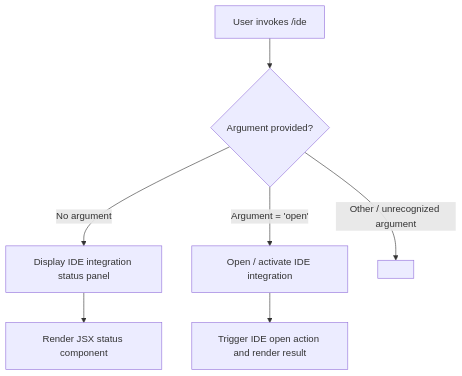
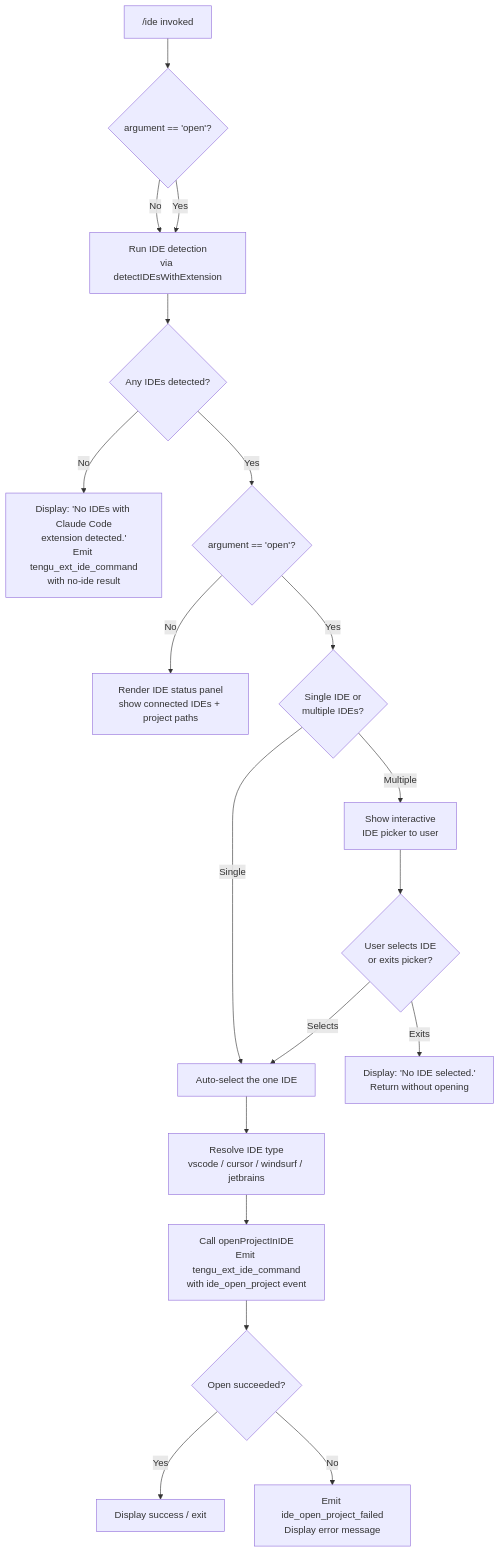
Before and after one commit to MyLittleLuckyDog/cc-gnothi: the diagram in versions/v2.1.146/ide.md, drawn with Mermaid. The commit also changed other lines of this file and 496 other files, not shown here.

````diff
--- a/versions/v2.1.146/ide.md
+++ b/versions/v2.1.146/ide.md
@@ -47,9 +55,25 @@
 ```mermaid
 flowchart TD
-    A[User invokes /ide] --> B{Argument provided?}
-    B -- "No argument" --> C[Display IDE integration status panel]
-    B -- "Argument = 'open'" --> D[Open / activate IDE integration]
-    B -- "Other / unrecognized argument" --> E[<!-- TODO: not found in depth-2 traversal; needs --depth 4 -->]
-    C --> F[Render JSX status component]
-    D --> G[Trigger IDE open action and render result]
+    A["/ide invoked"] --> B{argument == 'open'?}
+    B -- No --> C[Run IDE detection\nvia detectIDEsWithExtension]
+    B -- Yes --> C
+
+    C --> D{Any IDEs detected?}
+    D -- No --> E["Display: 'No IDEs with Claude Code\nextension detected.'\nEmit tengu_ext_ide_command\nwith no-ide result"]
+    D -- Yes --> F{argument == 'open'?}
+
+    F -- No --> G[Render IDE status panel\nshow connected IDEs + project paths]
+    F -- Yes --> H{Single IDE or\nmultiple IDEs?}
+
+    H -- Single --> I[Auto-select the one IDE]
+    H -- Multiple --> J[Show interactive\nIDE picker to user]
+    J --> K{User selects IDE\nor exits picker?}
+    K -- Exits --> L["Display: 'No IDE selected.'\nReturn without opening"]
+    K -- Selects --> I
+
+    I --> M[Resolve IDE type\nvscode / cursor / windsurf / jetbrains]
+    M --> N[Call openProjectInIDE\nEmit tengu_ext_ide_command\nwith ide_open_project event]
+    N --> O{Open succeeded?}
+    O -- Yes --> P[Display success / exit]
+    O -- No --> Q["Emit ide_open_project_failed\nDisplay error message"]
 ```
````
